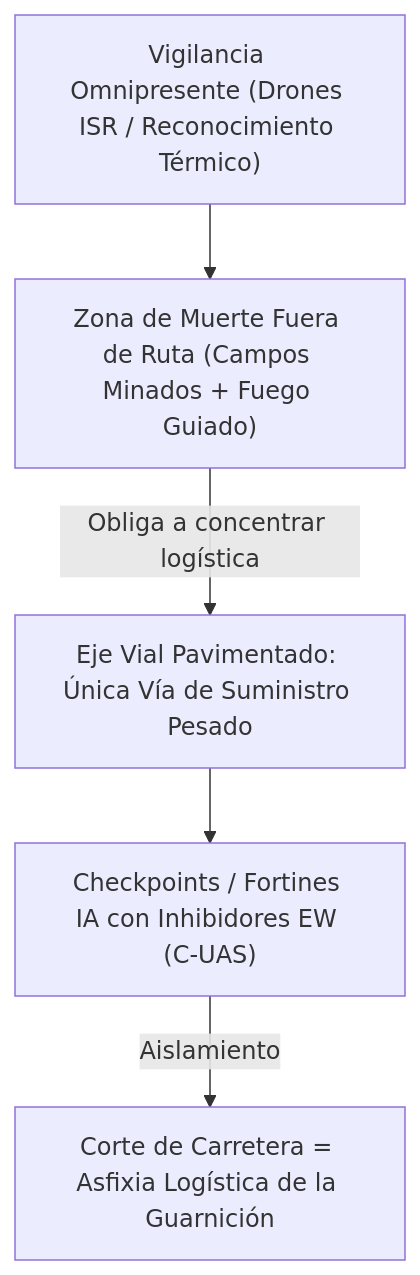
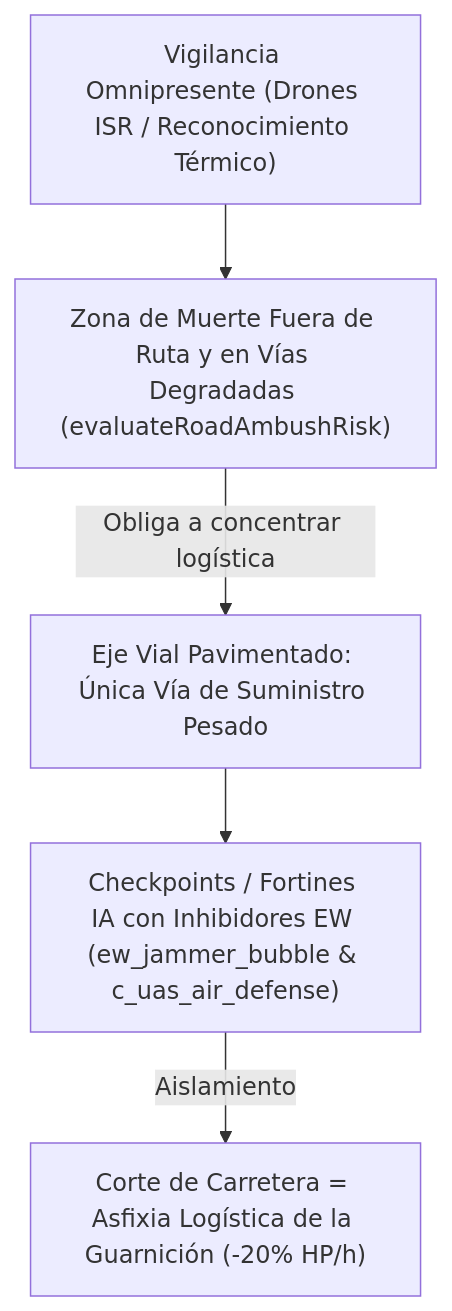
Before and after one commit to davikisea/GEOTACTICS-ONLINE: the third of 8 diagrams in docs/PROPUESTA_INGENIERIA_MAPA_METAPOLITICA_ALICE_CABIMAS.md, drawn with Mermaid. The commit also changed other lines of this file and 352 other files, not shown here.

Commit message:
feat(architecture): migración modular a 4 dominios (@domains/*), consolidación de base de datos y sincronización de suites deterministas

````diff
--- a/docs/PROPUESTA_INGENIERIA_MAPA_METAPOLITICA_ALICE_CABIMAS.md
+++ b/docs/PROPUESTA_INGENIERIA_MAPA_METAPOLITICA_ALICE_CABIMAS.md
@@ -153,13 +165,13 @@
 ```mermaid
 graph TD
     Drones["Vigilancia Omnipresente (Drones ISR / Reconocimiento Térmico)"]
-    KillZone["Zona de Muerte Fuera de Ruta (Campos Minados + Fuego Guiado)"]
+    KillZone["Zona de Muerte Fuera de Ruta y en Vías Degradadas (evaluateRoadAmbushRisk)"]
     Carreteras["Eje Vial Pavimentado: Única Vía de Suministro Pesado"]
-    Checkpoints["Checkpoints / Fortines IA con Inhibidores EW (C-UAS)"]
-    Bloqueo["Corte de Carretera = Asfixia Logística de la Guarnición"]
+    Checkpoints["Checkpoints / Fortines IA con Inhibidores EW (ew_jammer_bubble & c_uas_air_defense)"]
+    Bloqueo["Corte de Carretera = Asfixia Logística de la Guarnición (-20% HP/h)"]
 
     Drones --> KillZone
     KillZone -->|Obliga a concentrar logística| Carreteras
     Carreteras --> Checkpoints
     Checkpoints -->|Aislamiento| Bloqueo
 ```
````
